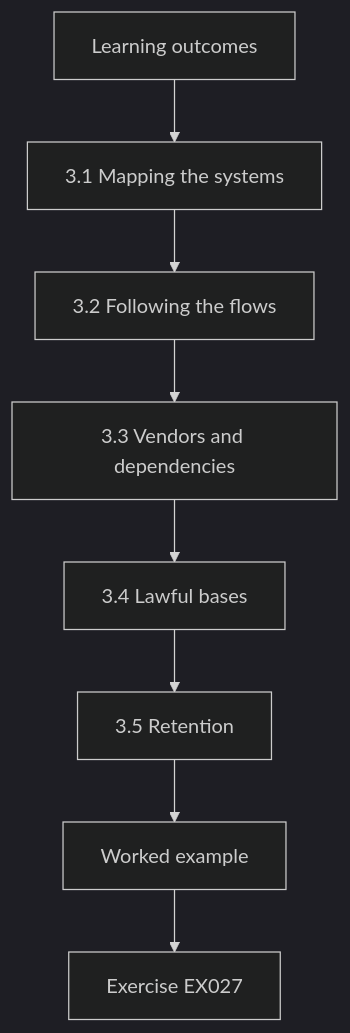
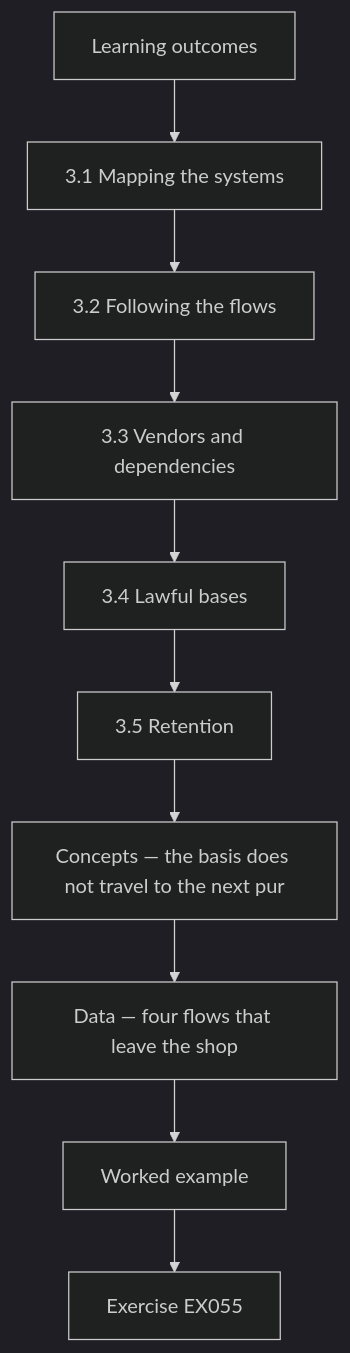
One commit to hiagokinlevi/CyKin changed the seventh of 12 diagrams in levels/rapid-1-month/privacy-data-protection/en/book/MANUSCRIPT.md. Above: the diagram before and after it, drawn with Mermaid (dark theme). The commit also changed other lines of this file and 1 other file, not shown here.

````diff
--- a/levels/rapid-1-month/privacy-data-protection/en/book/MANUSCRIPT.md
+++ b/levels/rapid-1-month/privacy-data-protection/en/book/MANUSCRIPT.md
@@ -279,12 +395,14 @@
 ```mermaid
 flowchart TD
   N0["Learning outcomes"]
   N1["3.1 Mapping the systems"]
   N2["3.2 Following the flows"]
   N3["3.3 Vendors and dependencies"]
   N4["3.4 Lawful bases"]
   N5["3.5 Retention"]
-  N0 --> N1 --> N2 --> N3 --> N4 --> N5
-  N5 --> EX["Worked example"]
-  EX --> Q["Exercise EX027"]
+  N6["Concepts — the basis does not travel to the next pur"]
+  N7["Data — four flows that leave the shop"]
+  N0 --> N1 --> N2 --> N3 --> N4 --> N5 --> N6 --> N7
+  N7 --> EX["Worked example"]
+  EX --> Q["Exercise EX055"]
 ```
````
